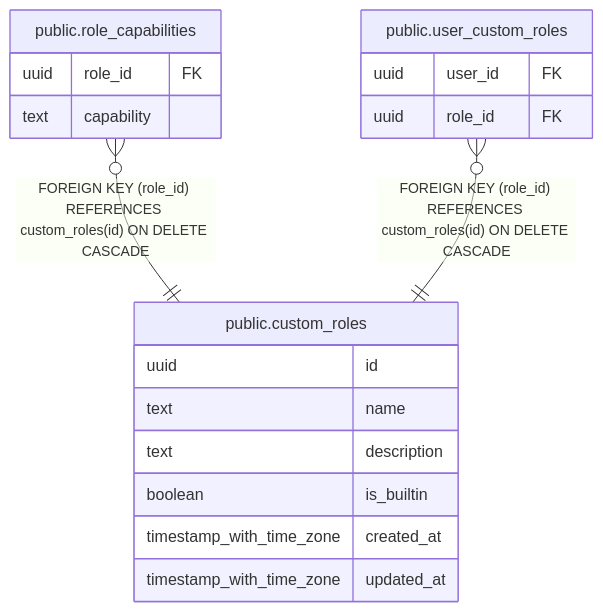
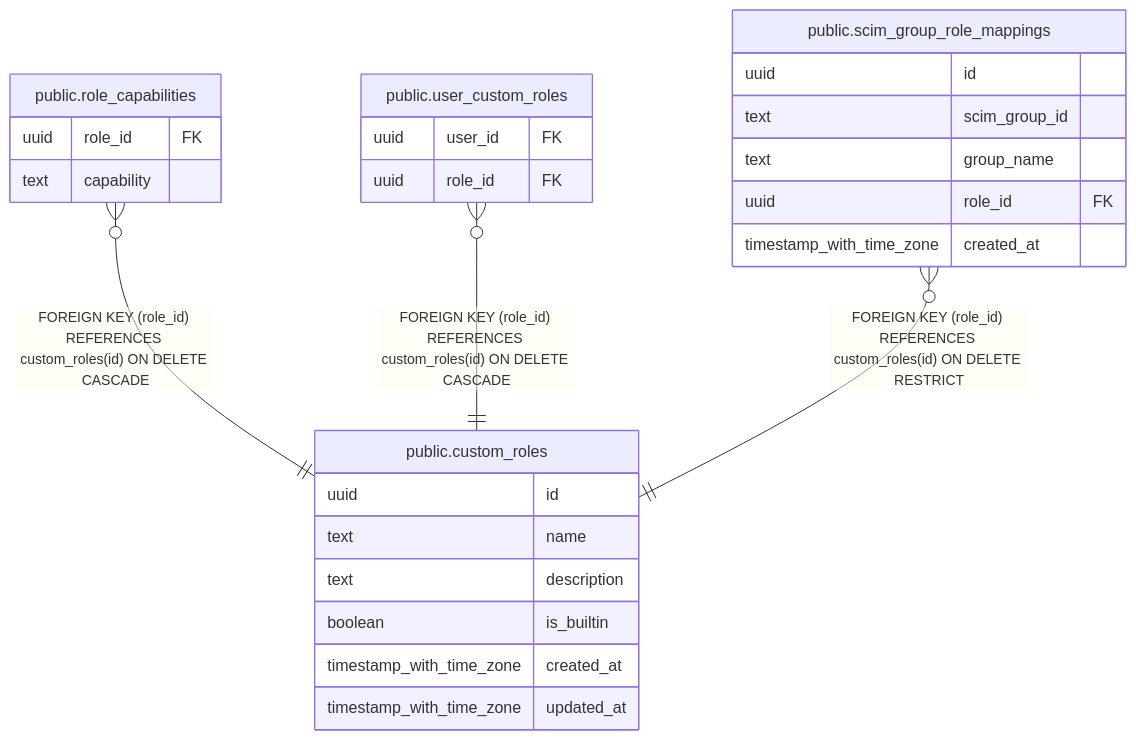
The diagram in docs/schema/public.custom_roles.md (rkseattle/minicrm), drawn with Mermaid before and after one commit. The commit also changed other lines of this file and 72 other files, not shown here.

````diff
--- a/docs/schema/public.custom_roles.md
+++ b/docs/schema/public.custom_roles.md
@@ -40,23 +40,31 @@
 ```mermaid
 erDiagram
 
 "public.role_capabilities" }o--|| "public.custom_roles" : "FOREIGN KEY (role_id) REFERENCES custom_roles(id) ON DELETE CASCADE"
 "public.user_custom_roles" }o--|| "public.custom_roles" : "FOREIGN KEY (role_id) REFERENCES custom_roles(id) ON DELETE CASCADE"
+"public.scim_group_role_mappings" }o--|| "public.custom_roles" : "FOREIGN KEY (role_id) REFERENCES custom_roles(id) ON DELETE RESTRICT"
 
 "public.custom_roles" {
   uuid id ""
   text name ""
   text description ""
   boolean is_builtin ""
   timestamp_with_time_zone created_at ""
   timestamp_with_time_zone updated_at ""
 }
 "public.role_capabilities" {
   uuid role_id FK ""
   text capability ""
 }
 "public.user_custom_roles" {
   uuid user_id FK ""
   uuid role_id FK ""
 }
+"public.scim_group_role_mappings" {
+  uuid id ""
+  text scim_group_id ""
+  text group_name ""
+  uuid role_id FK ""
+  timestamp_with_time_zone created_at ""
+}
 ```
````
